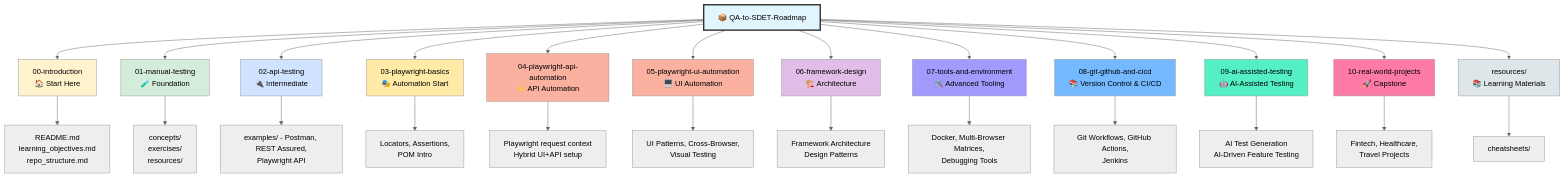
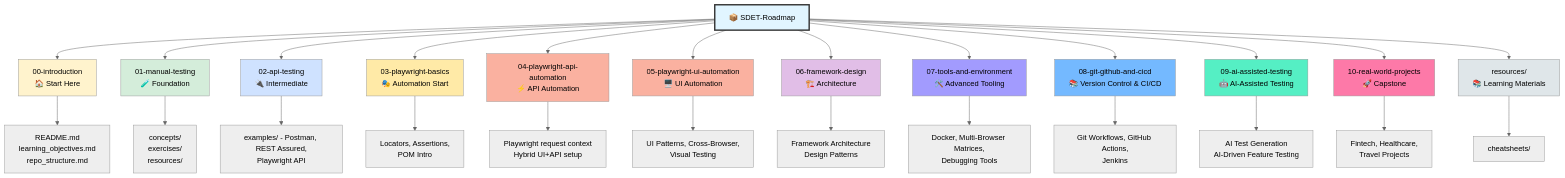
One commit to ghanendra-sdet/qa-to-sdet-roadmap changed the first of 3 diagrams in 00-introduction/repo_structure.md. Above: the diagram before and after it, drawn with Mermaid (neutral theme). The commit also changed other lines of this file and 1 other file, not shown here.

Commit message:
Update repo name references from QA-to-SDET-Roadmap to SDET-Roadmap
Follows the GitHub repo rename; fixes the clone command, cd instruction,
and folder-tree/diagram labels in the introduction docs so they match
the new repo slug.

````diff
--- a/00-introduction/repo_structure.md
+++ b/00-introduction/repo_structure.md
@@ -40,44 +40,44 @@
 ```mermaid
 graph TB
-    Root[📦 QA-to-SDET-Roadmap]
+    Root[📦 SDET-Roadmap]
 
     Root --> M00[00-introduction<br/>🏠 Start Here]
     Root --> M01[01-manual-testing<br/>🧪 Foundation]
     Root --> M02[02-api-testing<br/>🔌 Intermediate]
     Root --> M03[03-playwright-basics<br/>🎭 Automation Start]
     Root --> M04[04-playwright-api-automation<br/>⚡ API Automation]
     Root --> M05[05-playwright-ui-automation<br/>🖥️ UI Automation]
     Root --> M06[06-framework-design<br/>🏗️ Architecture]
     Root --> M07[07-tools-and-environment<br/>🛠️ Advanced Tooling]
     Root --> M08[08-git-github-and-cicd<br/>📚 Version Control & CI/CD]
     Root --> M09[09-ai-assisted-testing<br/>🤖 AI-Assisted Testing]
     Root --> M10[10-real-world-projects<br/>🚀 Capstone]
     Root --> Res[resources/<br/>📚 Learning Materials]
 
     M00 --> M00R[README.md<br/>learning_objectives.md<br/>repo_structure.md]
     M01 --> M01C[concepts/<br/>exercises/<br/>resources/]
     M02 --> M02F[examples/ - Postman, REST Assured,<br/>Playwright API]
     M03 --> M03F[Locators, Assertions,<br/>POM Intro]
     M04 --> M04F[Playwright request context<br/>Hybrid UI+API setup]
     M05 --> M05F[UI Patterns, Cross-Browser,<br/>Visual Testing]
     M06 --> M06F[Framework Architecture<br/>Design Patterns]
     M07 --> M07F[Docker, Multi-Browser Matrices,<br/>Debugging Tools]
     M08 --> M08F[Git Workflows, GitHub Actions,<br/>Jenkins]
     M09 --> M09F[AI Test Generation<br/>AI-Driven Feature Testing]
     M10 --> M10F[Fintech, Healthcare,<br/>Travel Projects]
     Res --> ResC[cheatsheets/]
 
     style Root fill:#e1f5ff,stroke:#333,stroke-width:3px
     style M00 fill:#fff3cd
     style M01 fill:#d4edda
     style M02 fill:#cfe2ff
     style M03 fill:#ffeaa7
     style M04 fill:#fab1a0
     style M05 fill:#fab1a0
     style M06 fill:#e1bee7
     style M07 fill:#a29bfe
     style M08 fill:#74b9ff
     style M09 fill:#55efc4
     style M10 fill:#fd79a8
     style Res fill:#dfe6e9
 ```
````
